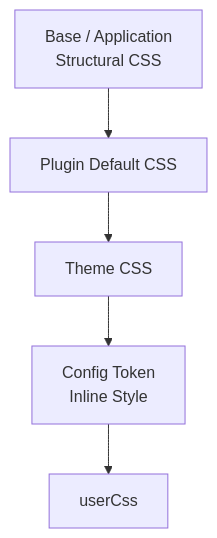
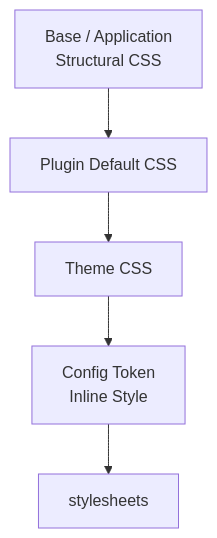
Before and after one commit to Rerurate514/riebeckite: the first of 2 diagrams in docs/docs/framework/theme-system/css.md, drawn with Mermaid. The commit also changed other lines of this file and 99 other files, not shown here.

````diff
--- a/docs/docs/framework/theme-system/css.md
+++ b/docs/docs/framework/theme-system/css.md
@@ -118,13 +118,13 @@
 ```mermaid
 flowchart TD
     Base["Base / Application<br/>Structural CSS"]
     Plugin["Plugin Default CSS"]
     Theme["Theme CSS"]
     Token["Config Token<br/>Inline Style"]
-    User["userCss"]
+    User["stylesheets"]
 
     Base --> Plugin
     Plugin --> Theme
     Theme --> Token
     Token --> User
 ```
````
